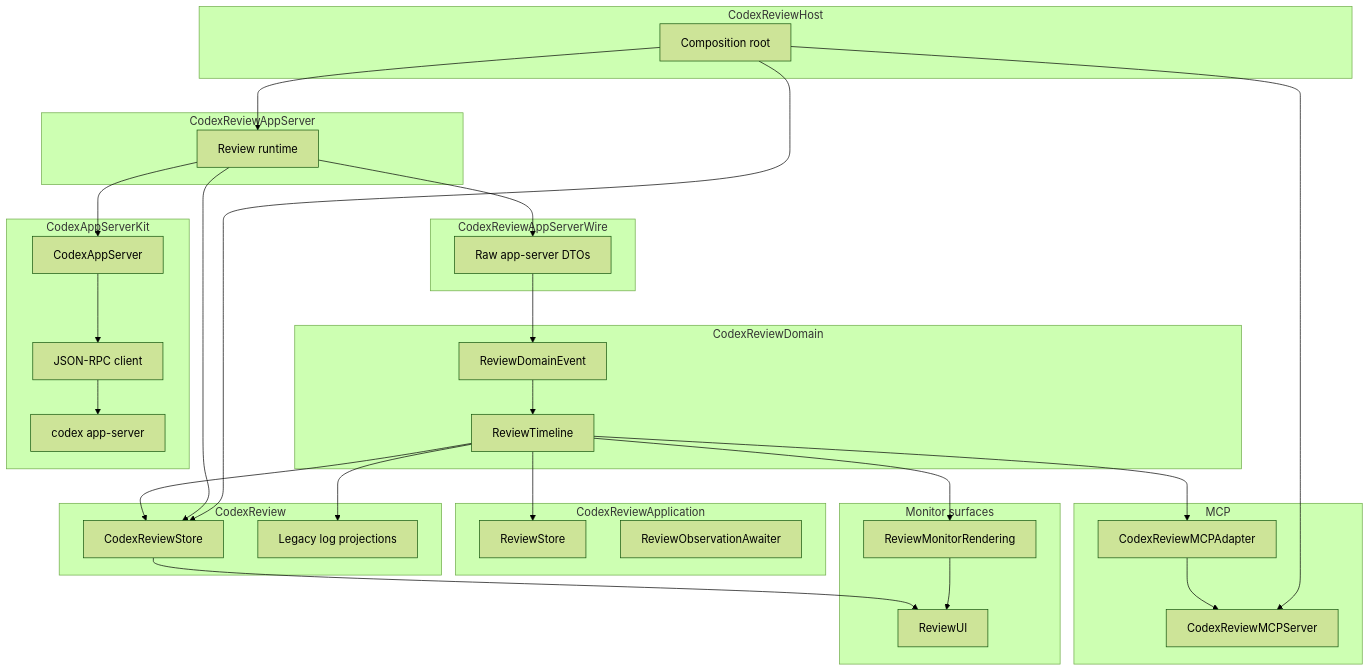
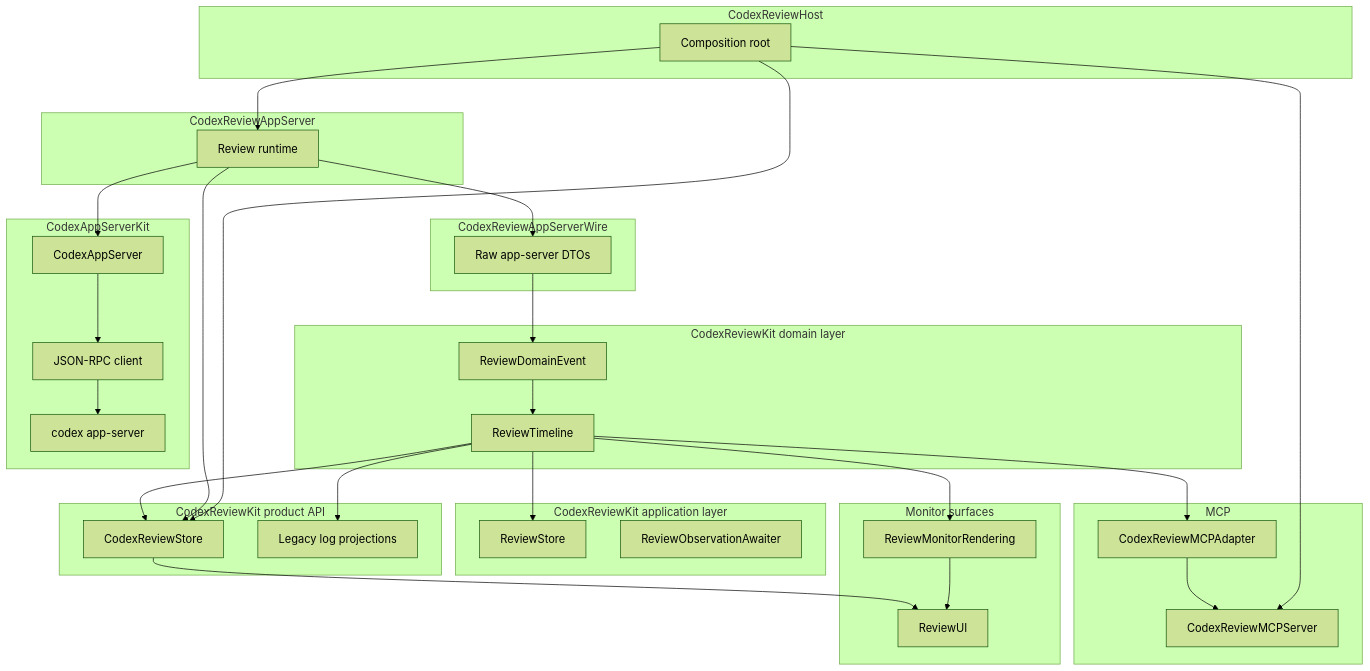
The diagram in Docs/architecture.md (lynnswap/CodexReviewKit), drawn with Mermaid (forest theme) before and after one commit. The commit also changed other lines of this file and 112 other files, not shown here.

Commit message:
refactor(review-kit): consolidate review core target

````diff
--- a/Docs/architecture.md
+++ b/Docs/architecture.md
@@ -84,64 +81,64 @@
 ```mermaid
 flowchart TB
-    subgraph Domain["CodexReviewDomain"]
+    subgraph Domain["CodexReviewKit domain layer"]
         DomainEvents["ReviewDomainEvent"]
         Timeline["ReviewTimeline"]
     end
 
-    subgraph Application["CodexReviewApplication"]
+    subgraph Application["CodexReviewKit application layer"]
         AppStore["ReviewStore"]
         Awaiter["ReviewObservationAwaiter"]
     end
 
-    subgraph Product["CodexReview"]
+    subgraph Product["CodexReviewKit product API"]
         PublicStore["CodexReviewStore"]
         LegacyProjection["Legacy log projections"]
     end
 
     subgraph Wire["CodexReviewAppServerWire"]
         WireDTO["Raw app-server DTOs"]
     end
 
     subgraph Kit["CodexAppServerKit"]
         DomainAPI["CodexAppServer"]
         Client["JSON-RPC client"]
         Process["codex app-server"]
     end
 
     subgraph AppServer["CodexReviewAppServer"]
         Runtime["Review runtime"]
     end
 
     subgraph MCP["MCP"]
         MCPAdapter["CodexReviewMCPAdapter"]
         MCPServer["CodexReviewMCPServer"]
     end
 
     subgraph Monitor["Monitor surfaces"]
         Renderer["ReviewMonitorRendering"]
         UI["ReviewUI"]
     end
 
     subgraph Host["CodexReviewHost"]
         Composition["Composition root"]
     end
 
     WireDTO --> DomainEvents
     DomainEvents --> Timeline
     Timeline --> AppStore
     Timeline --> PublicStore
     Timeline --> LegacyProjection
     Timeline --> MCPAdapter
     Timeline --> Renderer
     PublicStore --> UI
     Renderer --> UI
     MCPAdapter --> MCPServer
     DomainAPI --> Client
     Client --> Process
     Runtime --> DomainAPI
     Runtime --> WireDTO
     Runtime --> PublicStore
     Composition --> Runtime
     Composition --> MCPServer
     Composition --> PublicStore
 ```
````
